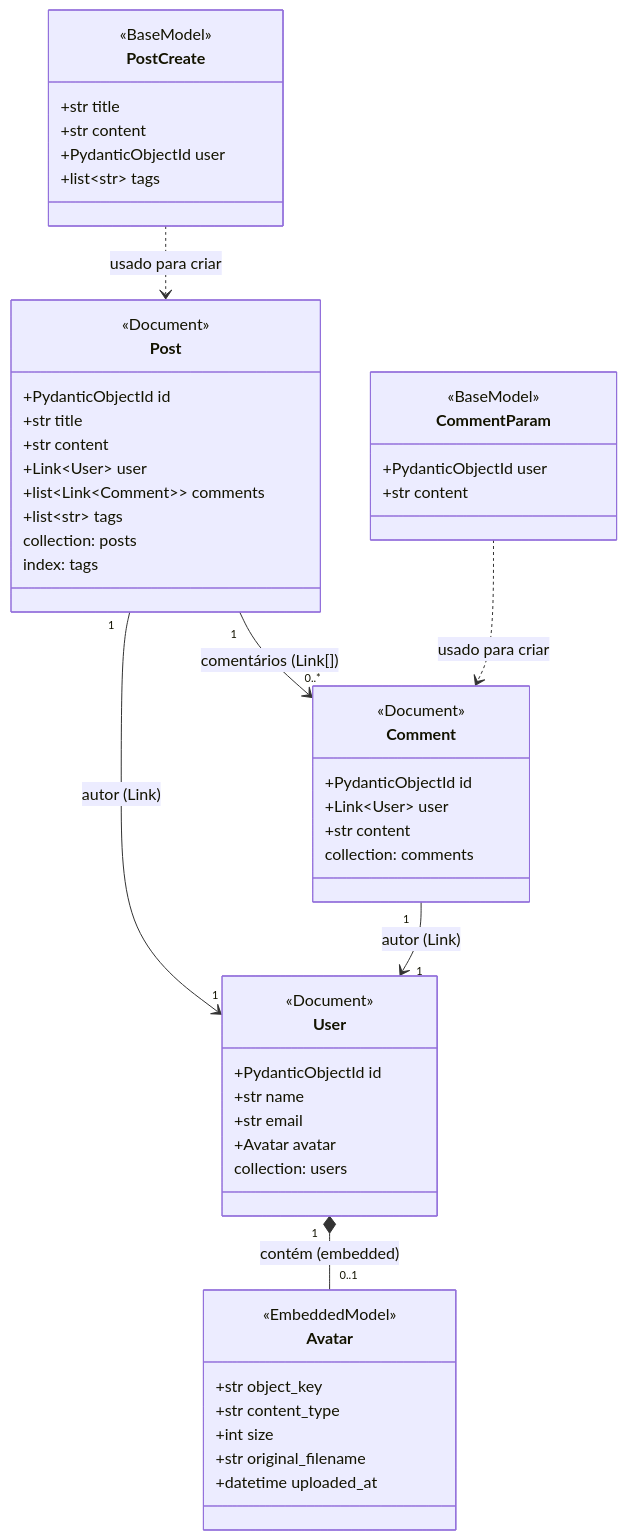
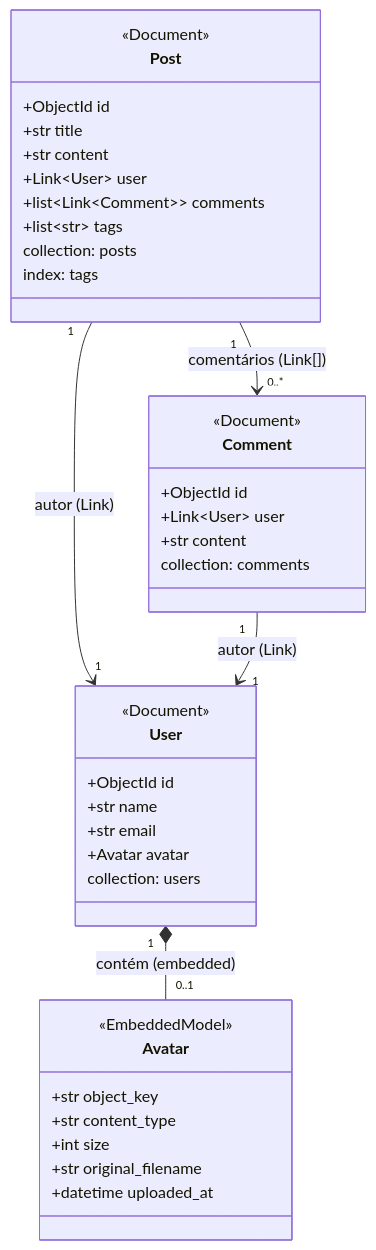
The diagram in modulo3/mongodb_fastapi_beanie_minio_docker/README.md (regispires/dspersist2026), drawn with Mermaid before and after one commit.

````diff
--- a/modulo3/mongodb_fastapi_beanie_minio_docker/README.md
+++ b/modulo3/mongodb_fastapi_beanie_minio_docker/README.md
@@ -24,61 +24,45 @@
 ```mermaid
 classDiagram
     class User {
-        +PydanticObjectId id
+        +ObjectId id
         +str name
         +str email
         +Avatar avatar
         <<Document>>
         collection: users
     }
 
     class Avatar {
         +str object_key
         +str content_type
         +int size
         +str original_filename
         +datetime uploaded_at
         <<EmbeddedModel>>
     }
 
     class Post {
-        +PydanticObjectId id
+        +ObjectId id
         +str title
         +str content
         +Link~User~ user
         +list~Link~Comment~~ comments
         +list~str~ tags
         <<Document>>
         collection: posts
         index: tags
     }
 
     class Comment {
-        +PydanticObjectId id
+        +ObjectId id
         +Link~User~ user
         +str content
         <<Document>>
         collection: comments
     }
 
-    class PostCreate {
-        +str title
-        +str content
-        +PydanticObjectId user
-        +list~str~ tags
-        <<BaseModel>>
-    }
-
-    class CommentParam {
-        +PydanticObjectId user
-        +str content
-        <<BaseModel>>
-    }
-
     User "1" *-- "0..1" Avatar : contém (embedded)
     Post "1" --> "1" User : autor (Link)
     Post "1" --> "0..*" Comment : comentários (Link[])
     Comment "1" --> "1" User : autor (Link)
-    PostCreate ..> Post : usado para criar
-    CommentParam ..> Comment : usado para criar
 ```
````
